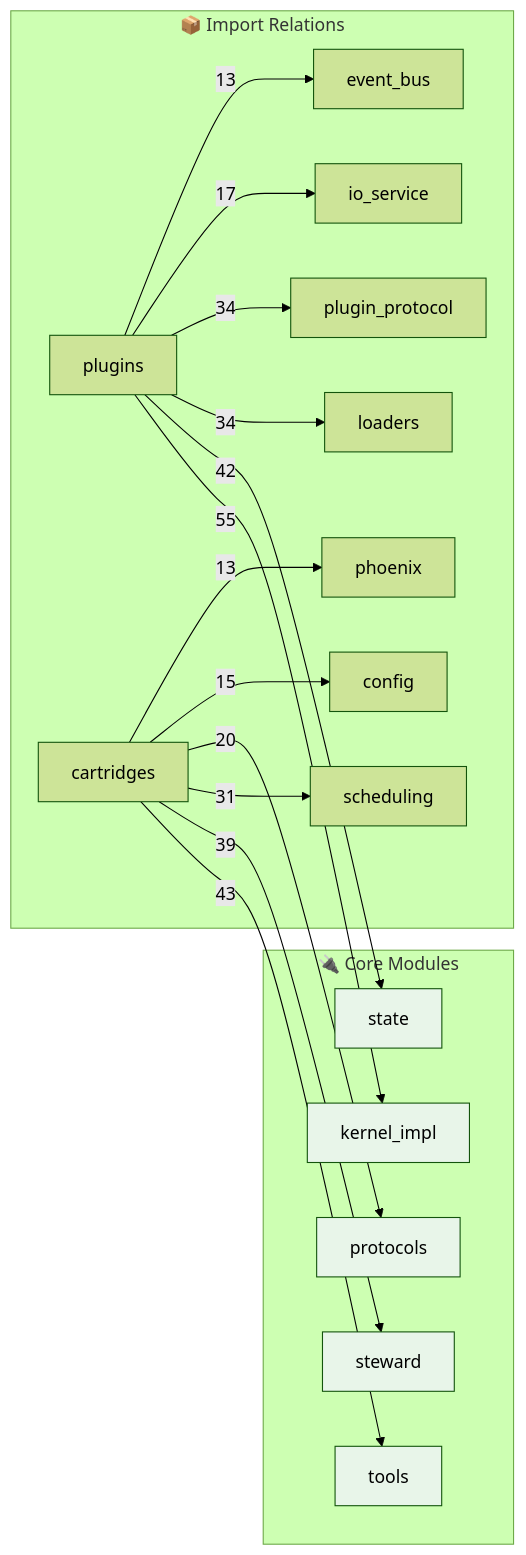
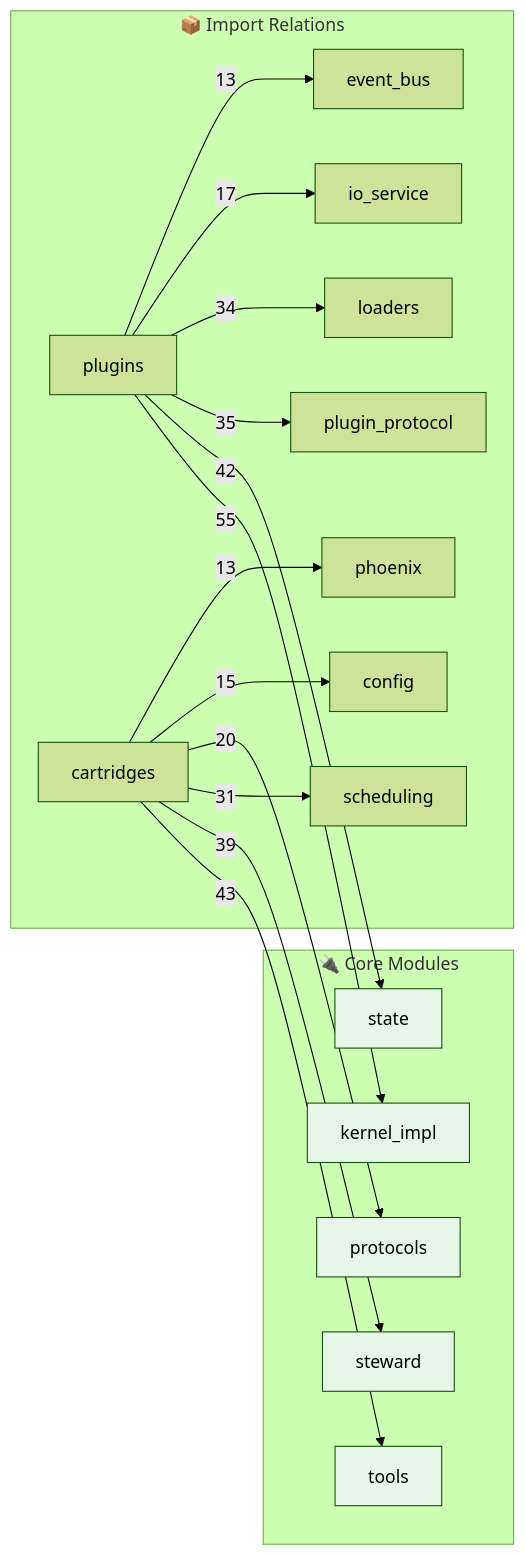
Before and after one commit to kimeisele/steward-protocol: the second of 2 diagrams in OPUS.md, drawn with Mermaid (forest theme). The commit also changed other lines of this file and 16 other files, not shown here.

````diff
--- a/OPUS.md
+++ b/OPUS.md
@@ -691,31 +691,31 @@
 ```mermaid
 flowchart LR
     subgraph Core["🔌 Core Modules"]
         kernel_impl[kernel_impl]
         steward[steward]
         tools[tools]
         state[state]
         protocols[protocols]
     end
 
     subgraph Edges["📦 Import Relations"]
         plugins -->|55| kernel_impl
         cartridges -->|43| tools
         plugins -->|42| state
         cartridges -->|39| steward
+        plugins -->|35| plugin_protocol
         plugins -->|34| loaders
-        plugins -->|34| plugin_protocol
         cartridges -->|31| scheduling
         cartridges -->|20| protocols
         plugins -->|17| io_service
         cartridges -->|15| config
         cartridges -->|13| phoenix
         plugins -->|13| event_bus
     end
 
     style kernel_impl fill:#e8f5e9
     style steward fill:#e8f5e9
     style tools fill:#e8f5e9
     style state fill:#e8f5e9
     style protocols fill:#e8f5e9
 ```
````
